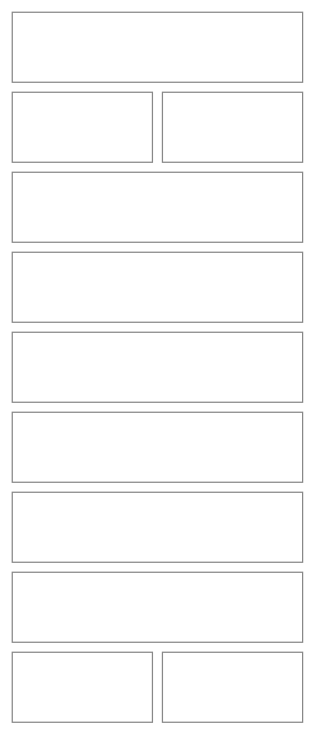
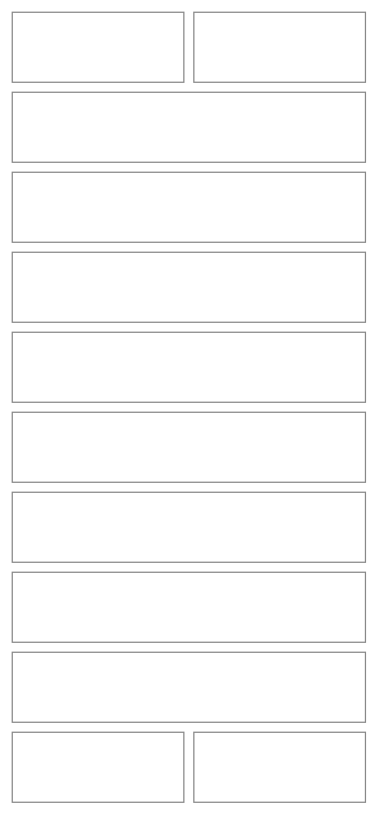
Before and after one commit to NovaMoonX/moondreams-dev-apps: diagram 23 of 36 in src/apps/pinch/UX.md, drawn with Mermaid. The commit also changed other lines of this file and 6 other files, not shown here.

````diff
--- a/src/apps/pinch/UX.md
+++ b/src/apps/pinch/UX.md
@@ -741,27 +743,29 @@
 ```mermaid
 %%{init: {'theme': 'base', 'themeVariables': {'primaryColor': 'transparent', 'primaryBorderColor': '#888888', 'primaryTextColor': '#333333', 'lineColor': '#888888'}}}%%
 block-beta
   columns 2
-  L1["‹ Shopping list"]:2
-  L2["7 to buy"]:1
+  L1["Shopping list"]:1
   L3["+ Add"]:1
-  L4["About $12.40 for what's left ⚠"]:2
+  L2["7 to buy"]:2
+  L4["Amounts on your list: about $12.40 ⚠"]:2
+  L4b["🔍 Search your list  (from 8 things)"]:2
   L5["— Chicken —"]:2
   L6["☐ Chicken breast ›<br/>1 lb"]:2
   L7["☐ Chicken thigh ›<br/>2 lb"]:2
   L8["— Sauces & condiments —"]:2
   L9["☐ Soy sauce ›<br/>0.25 cup"]:2
   L10["Got it · 2  ⌄"]:1
   L11["Clear"]:1
   style L1 fill:transparent,stroke:#888888,stroke-width:1px;
   style L2 fill:transparent,stroke:#888888,stroke-width:1px;
   style L3 fill:transparent,stroke:#888888,stroke-width:1px;
   style L4 fill:transparent,stroke:#888888,stroke-width:1px;
+  style L4b fill:transparent,stroke:#888888,stroke-width:1px;
   style L5 fill:transparent,stroke:#888888,stroke-width:1px;
   style L6 fill:transparent,stroke:#888888,stroke-width:1px;
   style L7 fill:transparent,stroke:#888888,stroke-width:1px;
   style L8 fill:transparent,stroke:#888888,stroke-width:1px;
   style L9 fill:transparent,stroke:#888888,stroke-width:1px;
   style L10 fill:transparent,stroke:#888888,stroke-width:1px;
   style L11 fill:transparent,stroke:#888888,stroke-width:1px;
 ```
````
